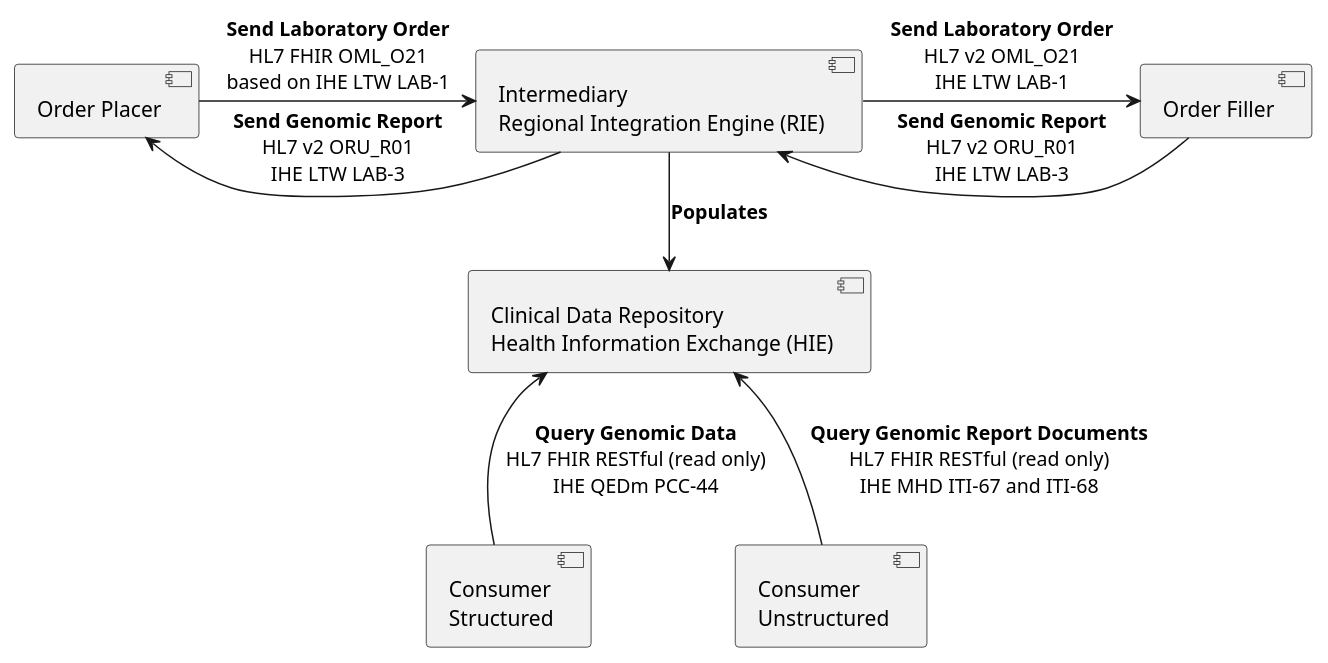
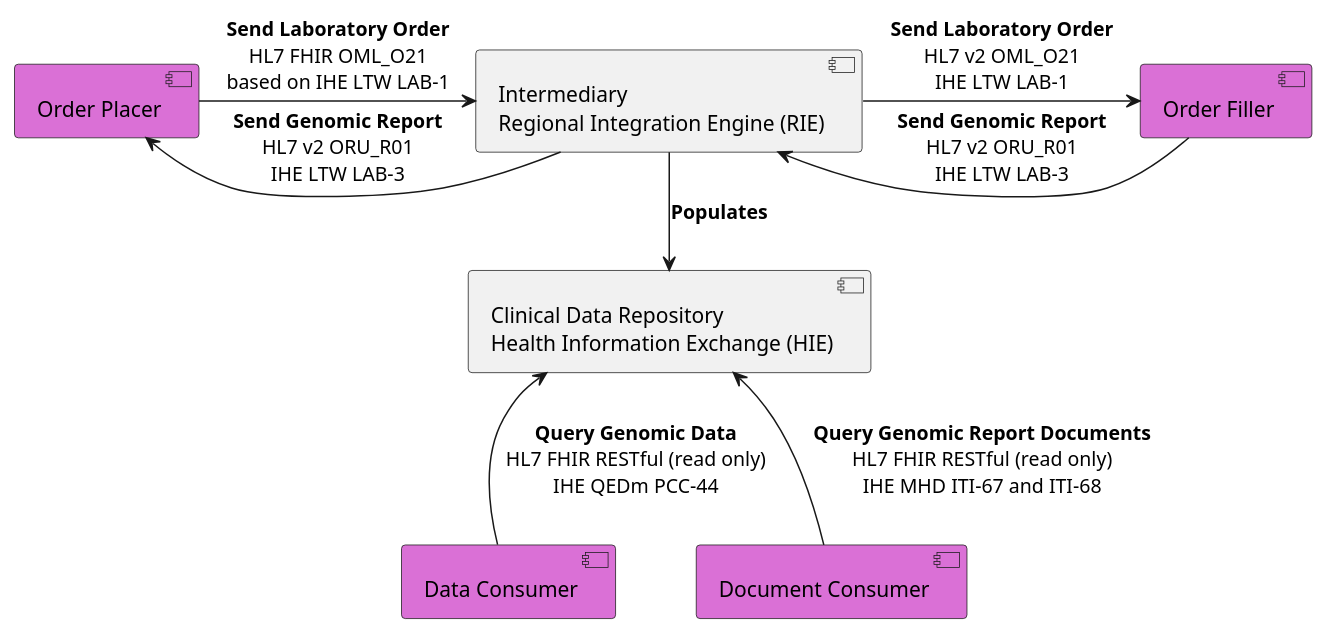
Before and after one commit to uk-gov-mirror/nw-gmsa.nw-gmsa.github.com: the diagram in input/images-source/overview-hie.plantuml, drawn with PlantUML. The commit also changed 2 other files, not shown here.

Commit message:
Changed supporting infor to Order Entry Questions

```diff
--- a/input/images-source/overview-hie.plantuml
+++ b/input/images-source/overview-hie.plantuml
@@ -1,20 +1,20 @@
 @startuml
 
- component "Order Placer" as EPR
- component "Order Filler" as LIMS
- component "Consumer\nStructured" as HIE
- component "Consumer\nUnstructured" as HIEU
+ component "Order Placer" as EPR #Orchid
+ component "Order Filler" as LIMS #Orchid
+ component "Data Consumer" as HIE #Orchid
+ component "Document Consumer" as HIEU #Orchid
  component "Intermediary\nRegional Integration Engine (RIE)" as TIE
  component "Clinical Data Repository\nHealth Information Exchange (HIE)" as CDR
 
 
 
  EPR -r-> TIE : **Send Laboratory Order**\nHL7 FHIR OML_O21\nbased on IHE LTW LAB-1
  TIE -r-> LIMS: **Send Laboratory Order**\nHL7 v2 OML_O21\nIHE LTW LAB-1
  LIMS -l-> TIE : **Send Genomic Report**\nHL7 v2 ORU_R01\nIHE LTW LAB-3
  TIE -l-> EPR: **Send Genomic Report**\nHL7 v2 ORU_R01\nIHE LTW LAB-3
  TIE -d-> CDR: **Populates**
  HIE -u-> CDR: **Query Genomic Data**\nHL7 FHIR RESTful (read only)\nIHE QEDm PCC-44
  HIEU -u-> CDR: **Query Genomic Report Documents**\nHL7 FHIR RESTful (read only)\nIHE MHD ITI-67 and ITI-68
 
 @enduml
```
